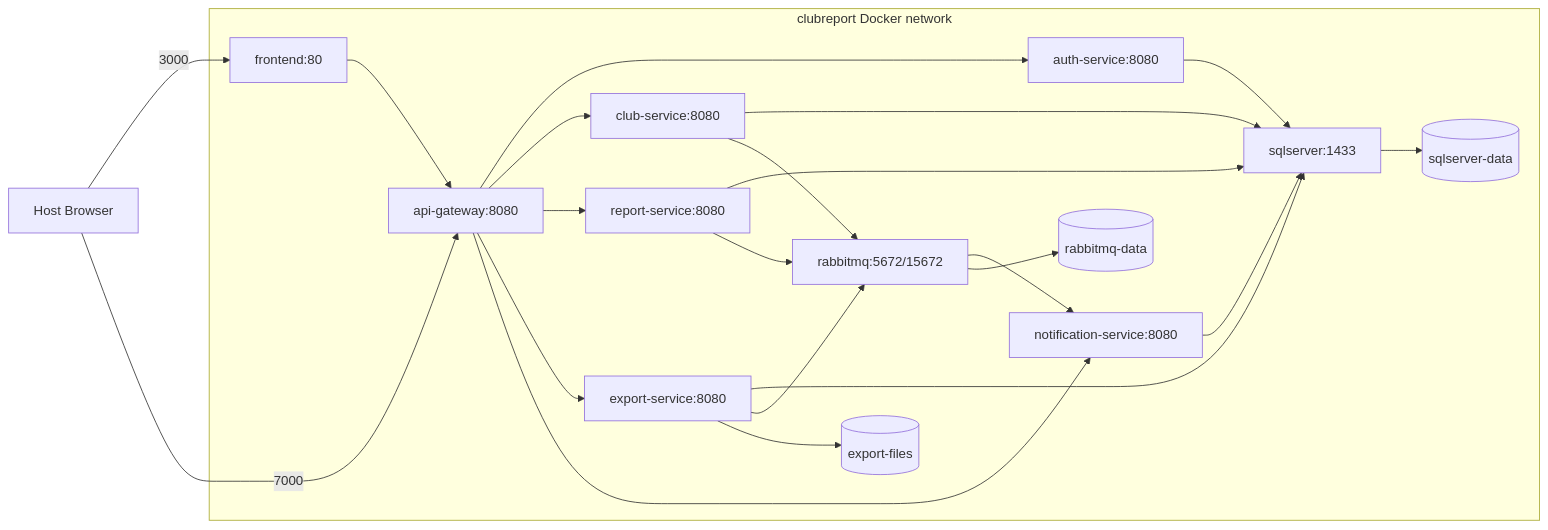
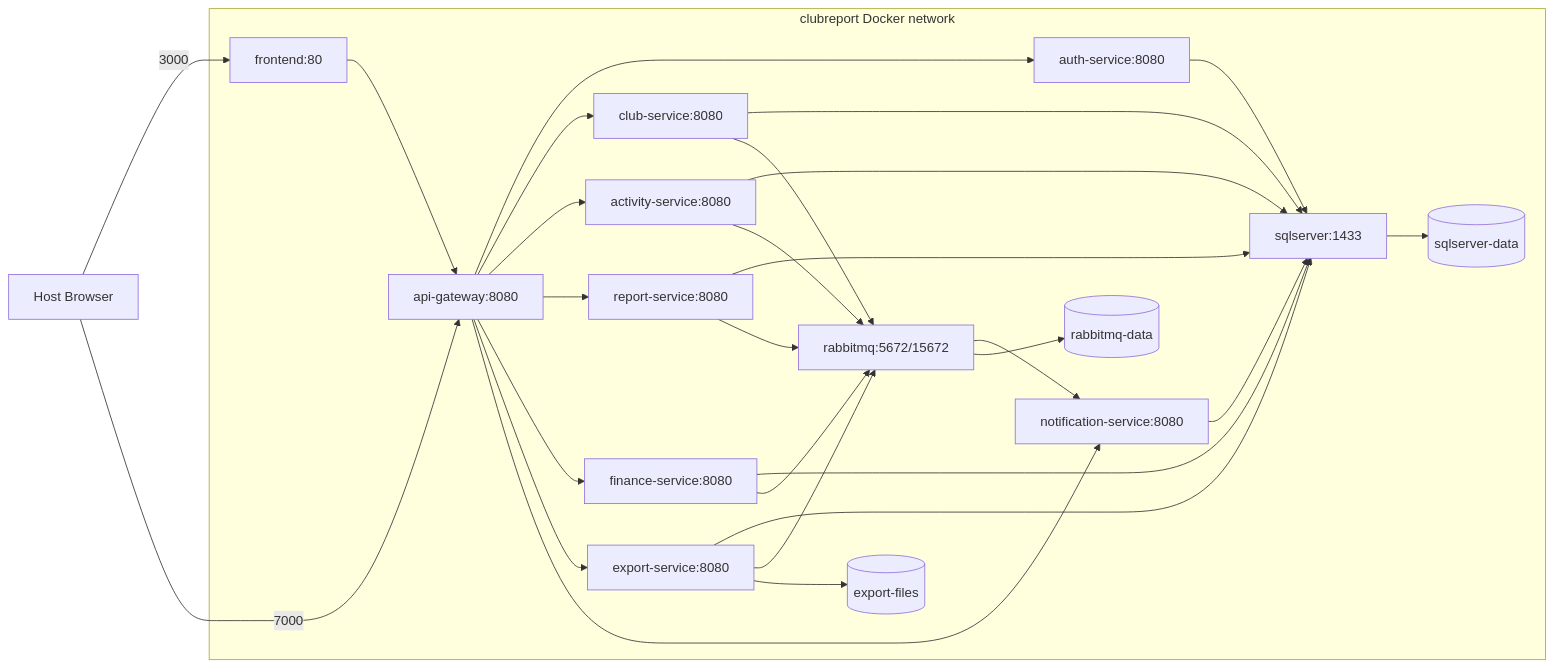
One commit to Kenfiz123/PRN232_PROJECT changed the third of 4 diagrams in docs/ARCHITECTURE.md. Above: the diagram before and after it, drawn with Mermaid. The commit also changed other lines of this file and 51 other files, not shown here.

````diff
--- a/docs/ARCHITECTURE.md
+++ b/docs/ARCHITECTURE.md
@@ -63,37 +81,45 @@
 ```mermaid
 flowchart LR
     subgraph DockerNetwork["clubreport Docker network"]
       Frontend["frontend:80"]
       Gateway["api-gateway:8080"]
       Auth["auth-service:8080"]
       Club["club-service:8080"]
+      Activity["activity-service:8080"]
       Report["report-service:8080"]
+      Finance["finance-service:8080"]
       Export["export-service:8080"]
       Notify["notification-service:8080"]
       SQL["sqlserver:1433"]
       Rabbit["rabbitmq:5672/15672"]
       VolumeSql[("sqlserver-data")]
       VolumeRabbit[("rabbitmq-data")]
       VolumeExports[("export-files")]
     end
     Host["Host Browser"] -->|3000| Frontend
     Host -->|7000| Gateway
     Frontend --> Gateway
     Gateway --> Auth
     Gateway --> Club
+    Gateway --> Activity
     Gateway --> Report
+    Gateway --> Finance
     Gateway --> Export
     Gateway --> Notify
     Auth --> SQL
     Club --> SQL
+    Activity --> SQL
     Report --> SQL
+    Finance --> SQL
     Export --> SQL
     Notify --> SQL
     Club --> Rabbit
+    Activity --> Rabbit
     Report --> Rabbit
+    Finance --> Rabbit
     Export --> Rabbit
     Rabbit --> Notify
     SQL --> VolumeSql
     Rabbit --> VolumeRabbit
     Export --> VolumeExports
 ```
````
